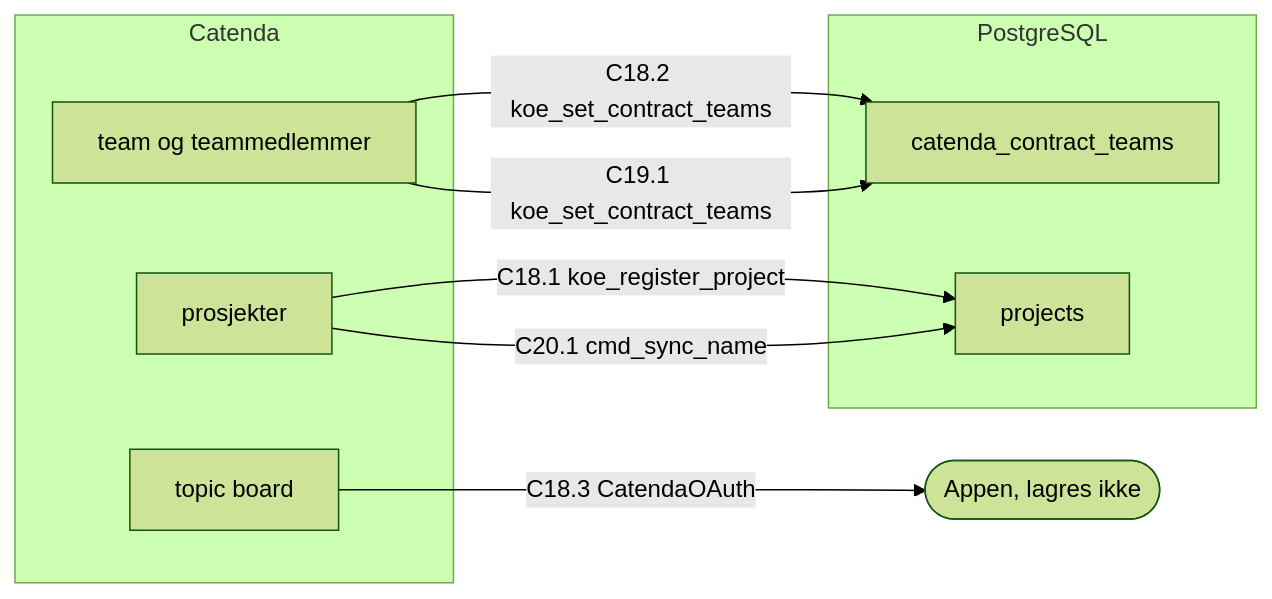
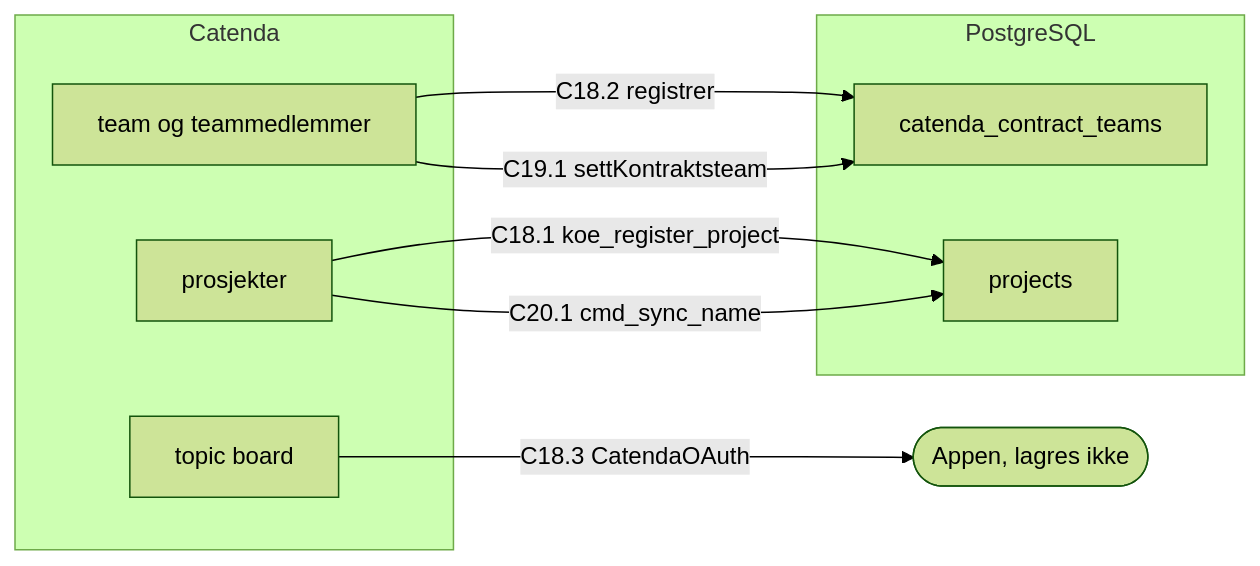
One commit to khjohns/endringsmeldinger changed the sixth of 6 diagrams in docs/datamodell/relasjoner.md. Above: the diagram before and after it, drawn with Mermaid (forest theme). The commit also changed other lines of this file and 7 other files, not shown here.

````diff
--- a/docs/datamodell/relasjoner.md
+++ b/docs/datamodell/relasjoner.md
@@ -856,18 +856,18 @@
 ```mermaid
 flowchart LR
     subgraph g0["Catenda"]
         c_prosjekt["prosjekter"]
         c_team["team og teammedlemmer"]
         c_board["topic board"]
     end
     subgraph g1["PostgreSQL"]
         t_catenda_contract_teams["catenda_contract_teams"]
         t_projects["projects"]
     end
     t_appen(["Appen, lagres ikke"])
     c_prosjekt -->|"C18.1 koe_register_project"| t_projects
-    c_team -->|"C18.2 koe_set_contract_teams"| t_catenda_contract_teams
+    c_team -->|"C18.2 registrer"| t_catenda_contract_teams
     c_board -->|"C18.3 CatendaOAuth"| t_appen
-    c_team -->|"C19.1 koe_set_contract_teams"| t_catenda_contract_teams
+    c_team -->|"C19.1 settKontraktsteam"| t_catenda_contract_teams
     c_prosjekt -->|"C20.1 cmd_sync_name"| t_projects
 ```
````
